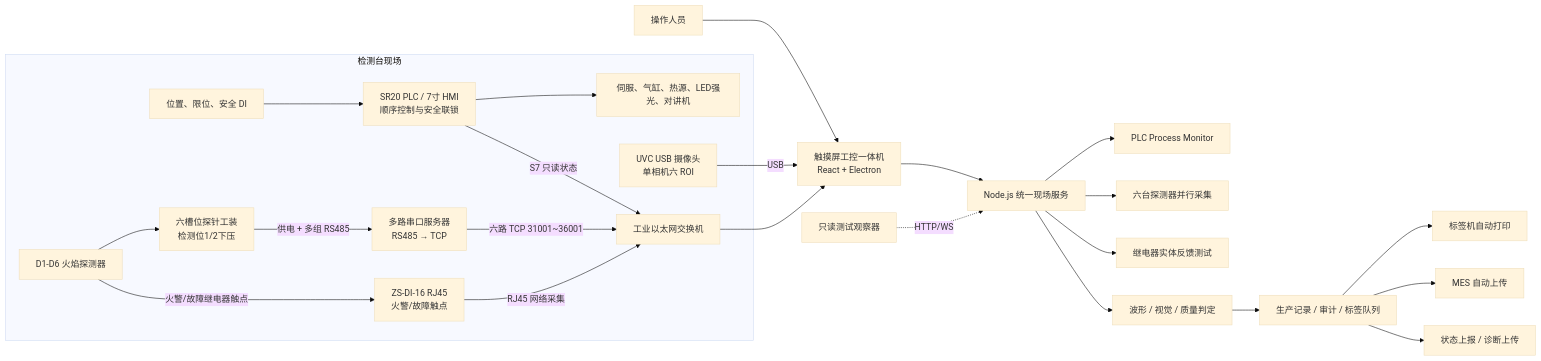
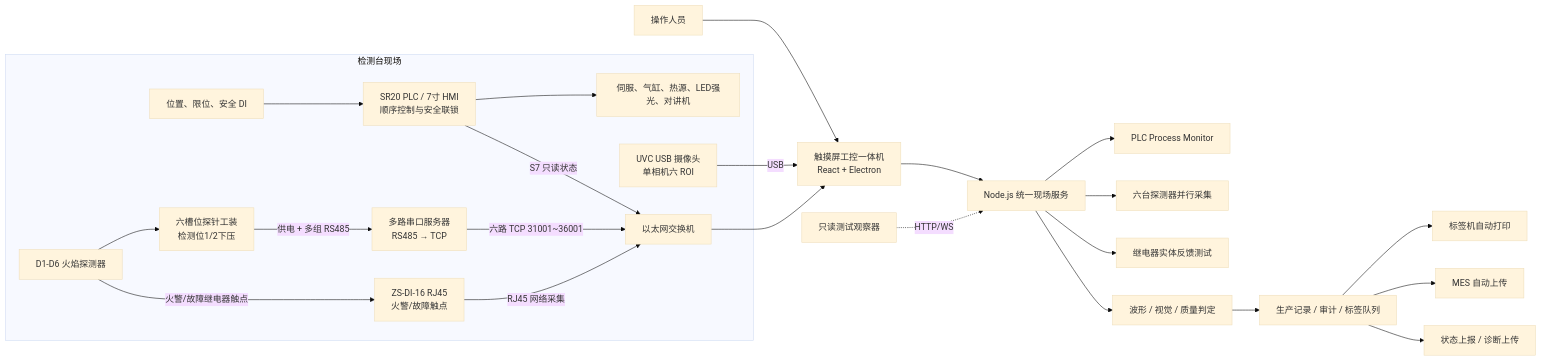
Before and after one commit to ming960207/flame-detector-bench-desktop: the second of 4 diagrams in docs/火焰探测器检测台技术报告.md, drawn with Mermaid (base theme). The commit also changed other lines of this file, not shown here.

```diff
--- a/docs/火焰探测器检测台技术报告.md
+++ b/docs/火焰探测器检测台技术报告.md
@@ -395,42 +395,42 @@
 ~~~mermaid
 flowchart LR
     OP[操作人员] --> IPC[触摸屏工控一体机<br/>React + Electron]
 
     subgraph FIELD[检测台现场]
         PLC[SR20 PLC / 7寸 HMI<br/>顺序控制与安全联锁]
         ACT[伺服、气缸、热源、LED强光、对讲机]
         POS[位置、限位、安全 DI]
         PROBE[六槽位探针工装<br/>检测位1/2下压]
         D[D1-D6 火焰探测器]
         SS[多路串口服务器<br/>RS485 → TCP]
         DIO[ZS-DI-16 RJ45<br/>火警/故障触点]
         CAM[UVC USB 摄像头<br/>单相机六 ROI]
-        SW[工业以太网交换机]
+        SW[以太网交换机]
     end
 
     PLC --> ACT
     POS --> PLC
     PLC -->|S7 只读状态| SW
 
     D --> PROBE
     PROBE -->|供电 + 多组 RS485| SS
     SS -->|六路 TCP 31001~36001| SW
 
     D -->|火警/故障继电器触点| DIO
     DIO -->|RJ45 网络采集| SW
 
     CAM -->|USB| IPC
     SW --> IPC
 
     IPC --> RT[Node.js 统一现场服务]
     RT --> MON[PLC Process Monitor]
     RT --> DET[六台探测器并行采集]
     RT --> RELAY[继电器实体反馈测试]
     RT --> ANA[波形 / 视觉 / 质量判定]
     ANA --> REC[生产记录 / 审计 / 标签队列]
     REC --> PRN[标签机自动打印]
     REC --> MES[MES 自动上传]
     REC --> EXT[状态上报 / 诊断上传]
 
     OBS[只读测试观察器] -.HTTP/WS.-> RT
 ~~~
```
